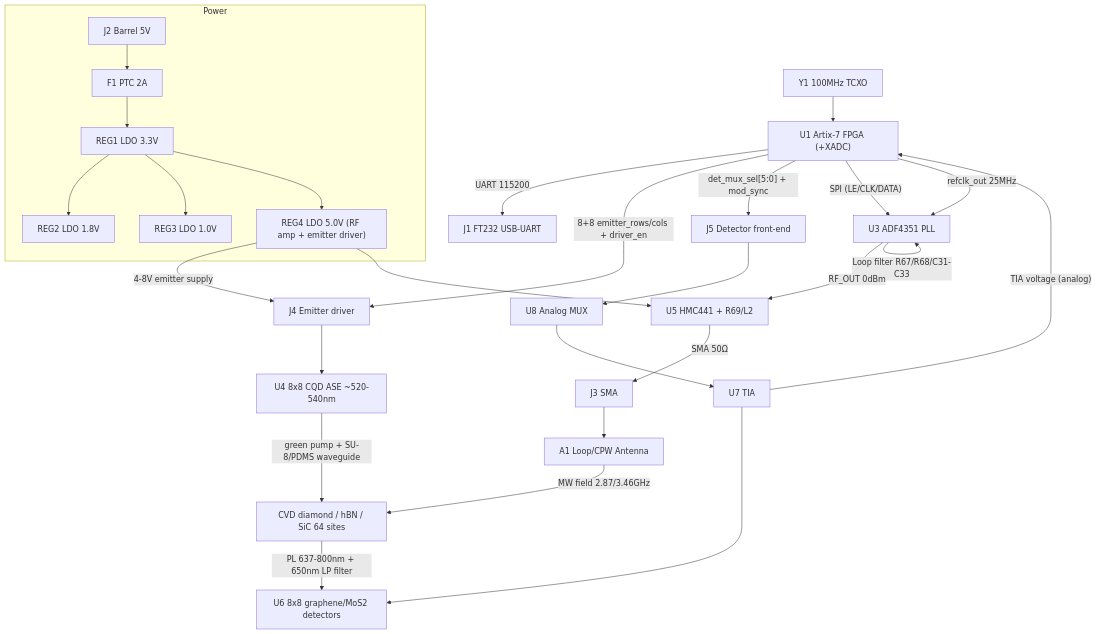
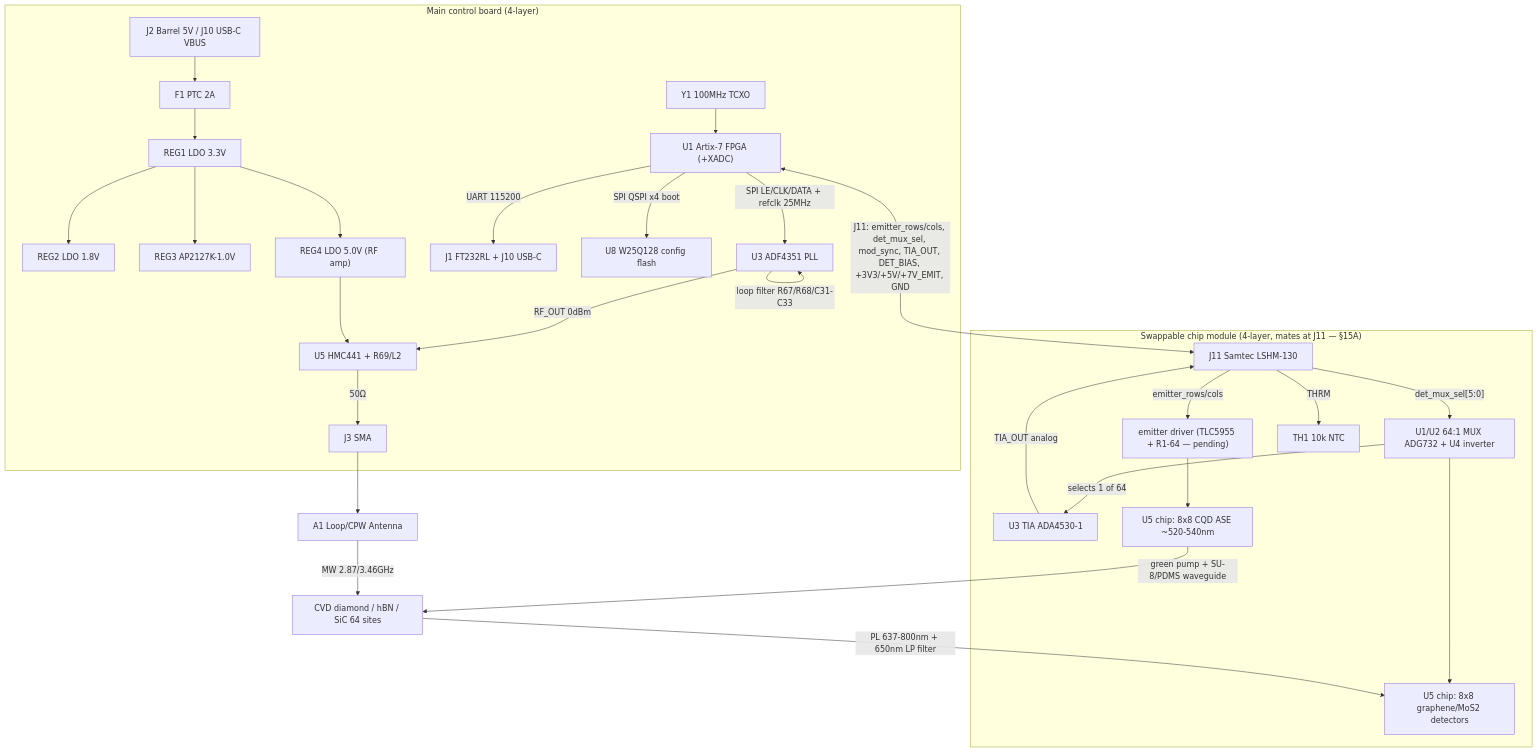
The first of 2 diagrams in hardware/HARDWARE_DESIGN.md (VABISMO/QSSC), drawn with Mermaid before and after one commit. The commit also changed other lines of this file, not shown here.

First line of the commit message:
docs(hardware): sync HARDWARE_DESIGN.md to the real committed two-board design

````diff
--- a/hardware/HARDWARE_DESIGN.md
+++ b/hardware/HARDWARE_DESIGN.md
@@ -59,27 +76,31 @@
 ```mermaid
 flowchart TD
-    subgraph Power
-        J2["J2 Barrel 5V"] --> F1["F1 PTC 2A"] --> REG1["REG1 LDO 3.3V"]
+    subgraph Main["Main control board (4-layer)"]
+        J2["J2 Barrel 5V / J10 USB-C VBUS"] --> F1["F1 PTC 2A"] --> REG1["REG1 LDO 3.3V"]
         REG1 --> REG2["REG2 LDO 1.8V"]
-        REG1 --> REG3["REG3 LDO 1.0V"]
-        REG1 --> REG4["REG4 LDO 5.0V (RF amp + emitter driver)"]
+        REG1 --> REG3["REG3 AP2127K-1.0V"]
+        REG1 --> REG4["REG4 LDO 5.0V (RF amp)"]
+        Y1["Y1 100MHz TCXO"] --> U1["U1 Artix-7 FPGA (+XADC)"]
+        U1 -->|"UART 115200"| J1["J1 FT232RL + J10 USB-C"]
+        U1 -->|"SPI QSPI x4 boot"| W25["U8 W25Q128 config flash"]
+        U1 -->|"SPI LE/CLK/DATA + refclk 25MHz"| U3["U3 ADF4351 PLL"]
+        U3 -->|"loop filter R67/R68/C31-C33"| U3
+        U3 -->|"RF_OUT 0dBm"| U5["U5 HMC441 + R69/L2"]
+        REG4 --> U5
+        U5 -->|"50Ω"| J3["J3 SMA"]
     end
-    Y1["Y1 100MHz TCXO"] --> U1["U1 Artix-7 FPGA (+XADC)"]
-    U1 -->|"UART 115200"| J1["J1 FT232 USB-UART"]
-    U1 -->|"8+8 emitter_rows/cols + driver_en"| J4["J4 Emitter driver"]
-    REG4 -->|"4-8V emitter supply"| J4
-    J4 --> U4["U4 8x8 CQD ASE ~520-540nm"]
-    U1 -->|"det_mux_sel[5:0] + mod_sync"| J5["J5 Detector front-end"]
-    J5 --> U8["U8 Analog MUX"] --> U7["U7 TIA"] --> U6["U6 8x8 graphene/MoS2 detectors"]
-    U7 -->|"TIA voltage (analog)"| U1
-    U1 -->|"SPI (LE/CLK/DATA)"| U3["U3 ADF4351 PLL"]
-    U1 -->|"refclk_out 25MHz"| U3
-    U3 -->|"Loop filter R67/R68/C31-C33"| U3
-    U3 -->|"RF_OUT 0dBm"| U5["U5 HMC441 + R69/L2"]
-    REG4 --> U5
-    U5 -->|"SMA 50Ω"| J3["J3 SMA"]
+    subgraph MOD["Swappable chip module (4-layer, mates at J11 — §15A)"]
+        J11["J11 Samtec LSHM-130"] -->|"det_mux_sel[5:0]"| MUX["U1/U2 64:1 MUX ADG732 + U4 inverter"]
+        MUX -->|"selects 1 of 64"| TIA["U3 TIA ADA4530-1"]
+        TIA -->|"TIA_OUT analog"| J11
+        MUX --> DET["U5 chip: 8x8 graphene/MoS2 detectors"]
+        J11 -->|"emitter_rows/cols"| DRV["emitter driver (TLC5955 + R1-64 — pending)"]
+        DRV --> EM["U5 chip: 8x8 CQD ASE ~520-540nm"]
+        J11 -->|"THRM"| NTC["TH1 10k NTC"]
+    end
+    U1 <-->|"J11: emitter_rows/cols, det_mux_sel, mod_sync, TIA_OUT, DET_BIAS, +3V3/+5V/+7V_EMIT, GND"| J11
     J3 --> A1["A1 Loop/CPW Antenna"]
-    U4 -->|"green pump + SU-8/PDMS waveguide"| Sub["CVD diamond / hBN / SiC 64 sites"]
-    A1 -->|"MW field 2.87/3.46GHz"| Sub
-    Sub -->|"PL 637-800nm + 650nm LP filter"| U6
+    A1 -->|"MW 2.87/3.46GHz"| Sub["CVD diamond / hBN / SiC 64 sites"]
+    EM -->|"green pump + SU-8/PDMS waveguide"| Sub
+    Sub -->|"PL 637-800nm + 650nm LP filter"| DET
 ```
````
